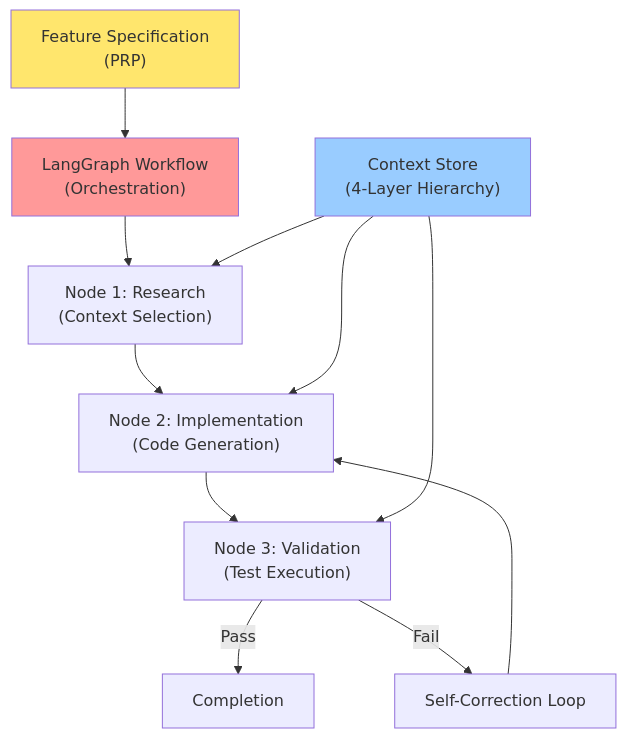
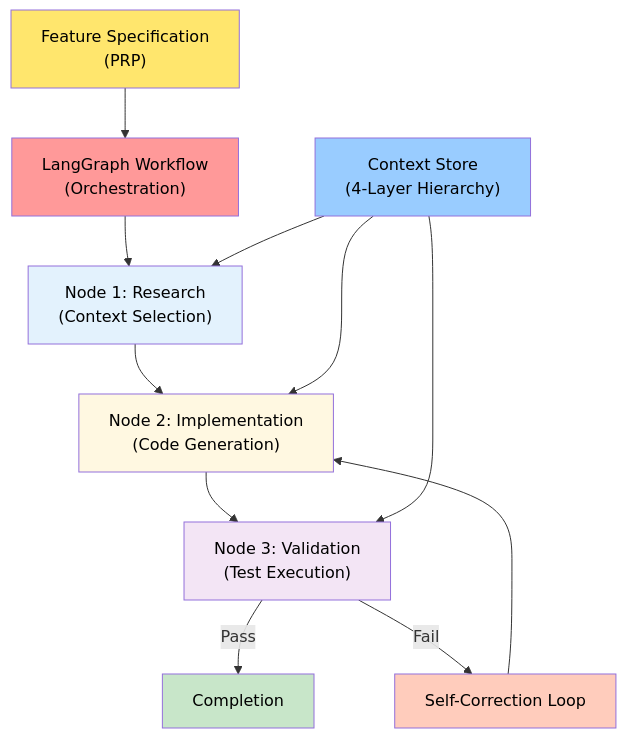
Before and after one commit to bprzybys-nc/ctx-eng-plus: the seventh of 8 diagrams in docs/02-context-engineering-foundations.md, drawn with Mermaid. The commit also changed other lines of this file and 8 other files, not shown here.

````diff
--- a/docs/02-context-engineering-foundations.md
+++ b/docs/02-context-engineering-foundations.md
@@ -921,18 +944,23 @@
 ```mermaid
 graph TB
     A["Feature Specification<br/>(PRP)"] --> B["LangGraph Workflow<br/>(Orchestration)"]
     B --> C["Node 1: Research<br/>(Context Selection)"]
     C --> D["Node 2: Implementation<br/>(Code Generation)"]
     D --> E["Node 3: Validation<br/>(Test Execution)"]
     E -->|Pass| F["Completion"]
     E -->|Fail| G["Self-Correction Loop"]
     G --> D
 
     H["Context Store<br/>(4-Layer Hierarchy)"] --> C
     H --> D
     H --> E
 
-    style A fill:#ffe66d
-    style B fill:#ff9999
-    style H fill:#99ccff
+    style A fill:#ffe66d,color:#000
+    style B fill:#ff9999,color:#000
+    style C fill:#e3f2fd,color:#000
+    style D fill:#fff8e1,color:#000
+    style E fill:#f3e5f5,color:#000
+    style F fill:#c8e6c9,color:#000
+    style G fill:#ffccbc,color:#000
+    style H fill:#99ccff,color:#000
 ```
````
